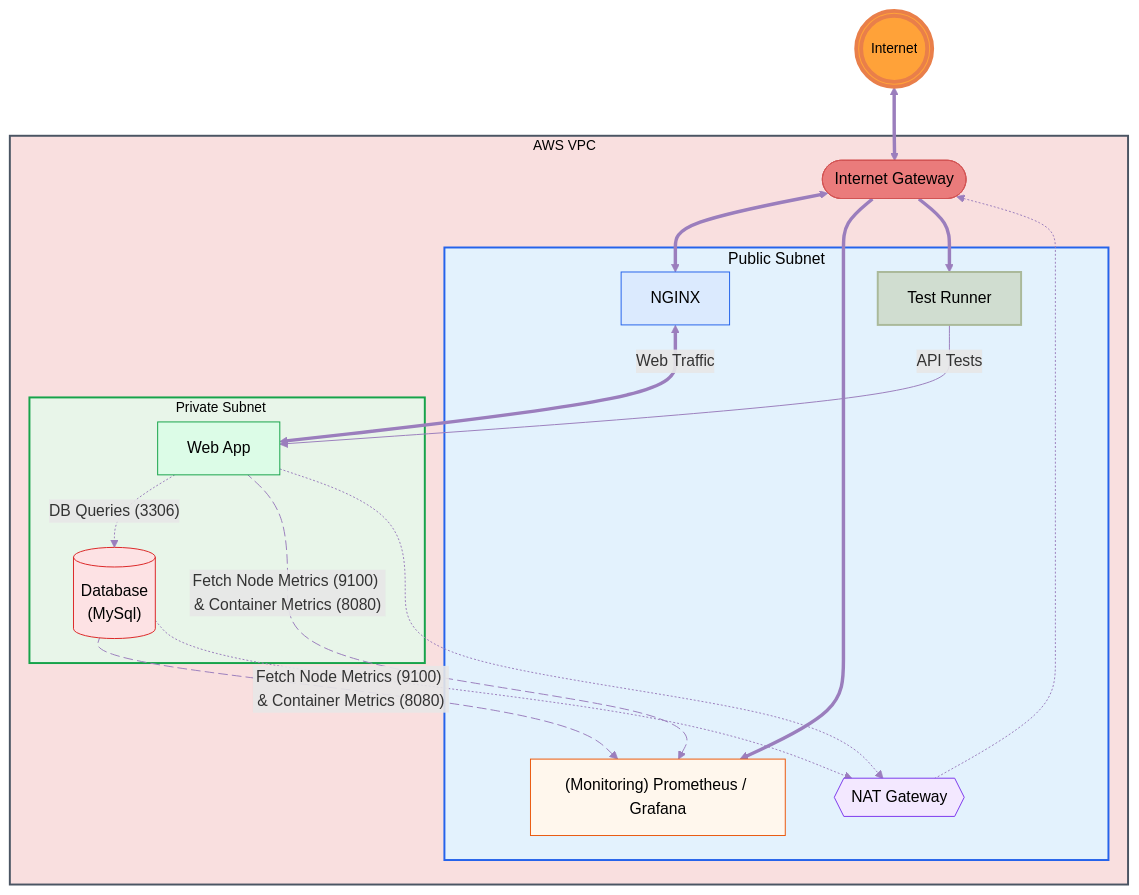
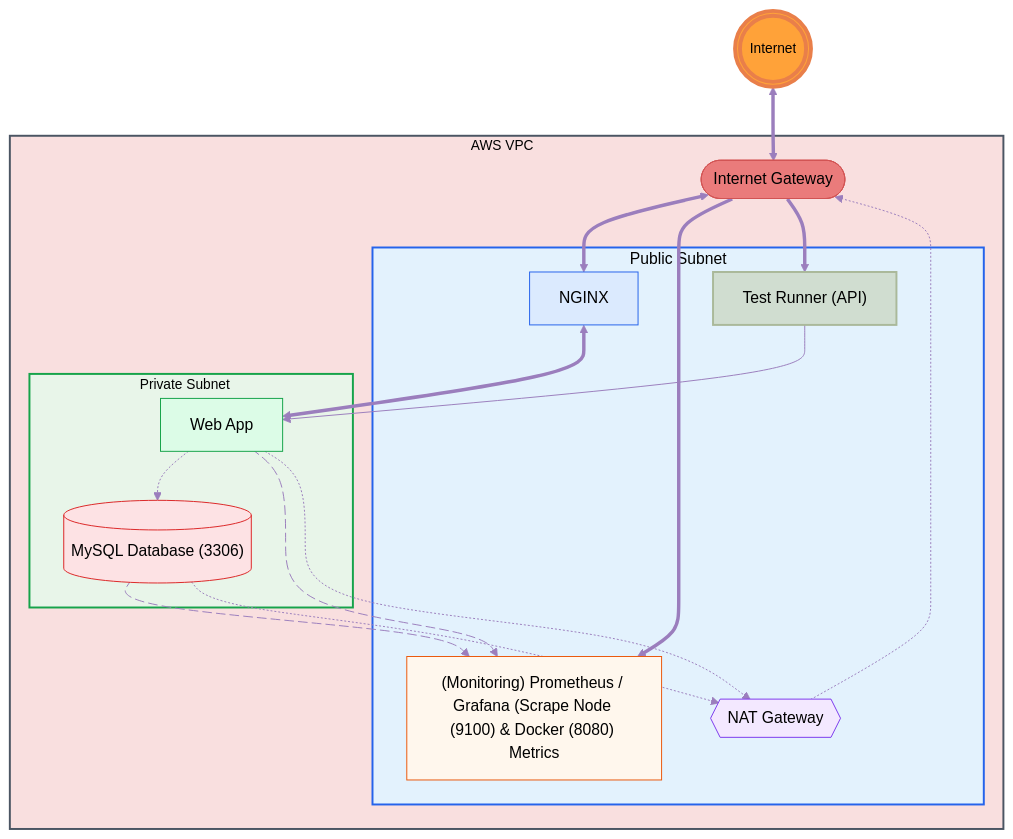
Before and after one commit to Jazzar101/learning-terraform-3087701: the diagram in README.md, drawn with Mermaid.

Commit message:
Removed edge labels due to style incompatabilities

````diff
--- a/README.md
+++ b/README.md
@@ -6,63 +6,63 @@
 ```mermaid
 flowchart TB
     Internet(((Internet)))
     subgraph VPC[AWS VPC]
         IGW([Internet Gateway])
         subgraph PublicSubnet[Public Subnet]
             NAT{{NAT Gateway}}
             NGINX[NGINX]
-            Monitoring["(Monitoring) Prometheus / Grafana"]
-            Testing["Test Runner"]
+            Monitoring["(Monitoring) Prometheus / Grafana (Scrape Node (9100) & Docker (8080) Metrics"]
+            Testing["Test Runner (API)"]
         end
 
         subgraph PrivateSubnet[Private Subnet]
             App[Web App]
-            DB[("Database\n(MySql)")]
+            DB[("MySQL Database (3306)")]
         end
     end
 
     Internet <==> IGW
     IGW <==> NGINX
-    NGINX <==>|Web Traffic| App
-    App -.->|"DB Queries (3306)"| DB
+    NGINX <==> App
+    App -.-> DB
     IGW ==> Monitoring
     IGW ==> Testing
 
-    App metricsApp@-->|"Fetch Node Metrics (9100) & Container Metrics (8080)"| Monitoring
-    DB metricsDB@-->|"Fetch Node Metrics (9100) & Container Metrics (8080)"| Monitoring
-    Testing-->|"API Tests"| App
+    App metricsApp@--> Monitoring
+    DB metricsDB@--> Monitoring
+    Testing --> App
     
     App -.-> NAT
     DB -.-> NAT
     NAT -.-> IGW
     
     metricsApp@{ animation: slow }    
     metricsDB@{ animation: slow }
 
     %% Node-only styling (GitHub safe)
     classDef ingress fill:#dbeafe,stroke:#2563eb,color:#000000
     classDef monitoring fill:#fff7ed,stroke:#ea580c,color:#000000
     classDef nat fill:#f3e8ff,stroke:#7c3aed,color:#000000
     classDef app fill:#dcfce7,stroke:#16a34a,color:#000000
     classDef db fill:#fde2e4,stroke:#dc2626,color:#000000
     classDef igw fill:#EA7B7B,stroke:#D25353,color:#000000
     classDef PublicSubnet fill:#e3f2fd,stroke:#2563eb
     classDef PrivateSubnet fill:#e8f5e9,stroke:#16a34a    
     classDef VPC fill:#F9DFDF,stroke:#4b5563,stroke-width:2px,color:#000000
     classDef testing fill:#D0DDD0,stroke:#AAB99A, stroke-width:2px,color:#000000
 
     style VPC fill:#F9DFDF,stroke:#4b5563,stroke-width:2px,color:#000000,font-size:14px
     style PublicSubnet fill:#e3f2fd,stroke:#2563eb,stroke-width:2px,color:#000000,font-size:14x
     style PrivateSubnet fill:#e8f5e9,stroke:#16a34a,stroke-width:2px,color:#000000,font-size:14px
     style Internet fill:#FFA239,stroke:#E97F4A,stroke-width:4px,color:#000000,font-size:14px
 
     linkStyle default stroke:#9B7EBD
 
     class NGINX ingress
     class Monitoring monitoring
     class NAT nat
     class App app
     class DB db
     class IGW igw
     class Testing testing
 ```
````
